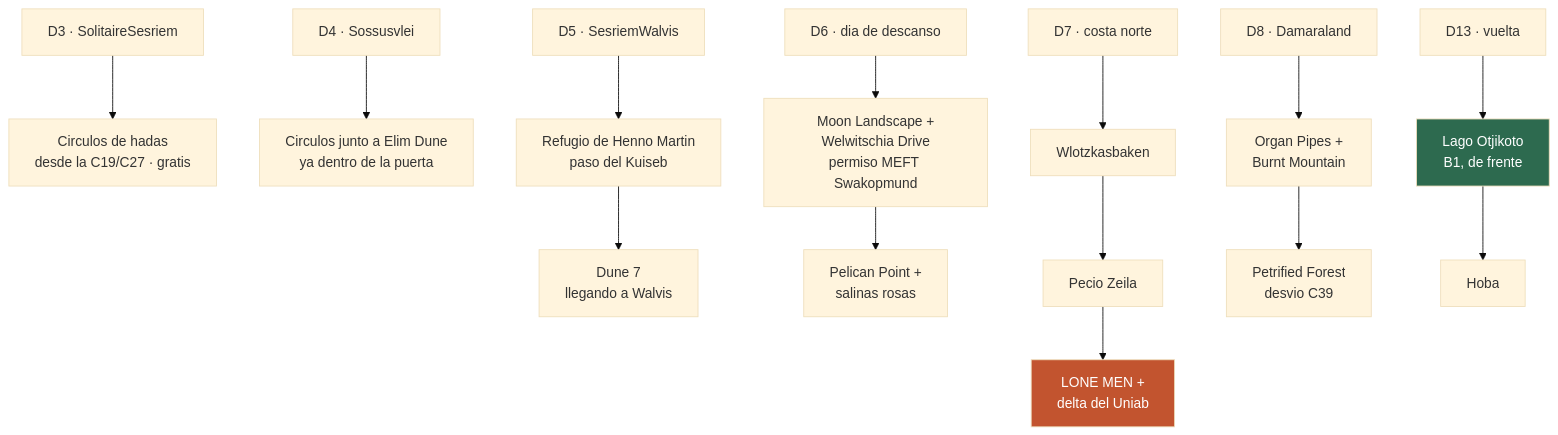
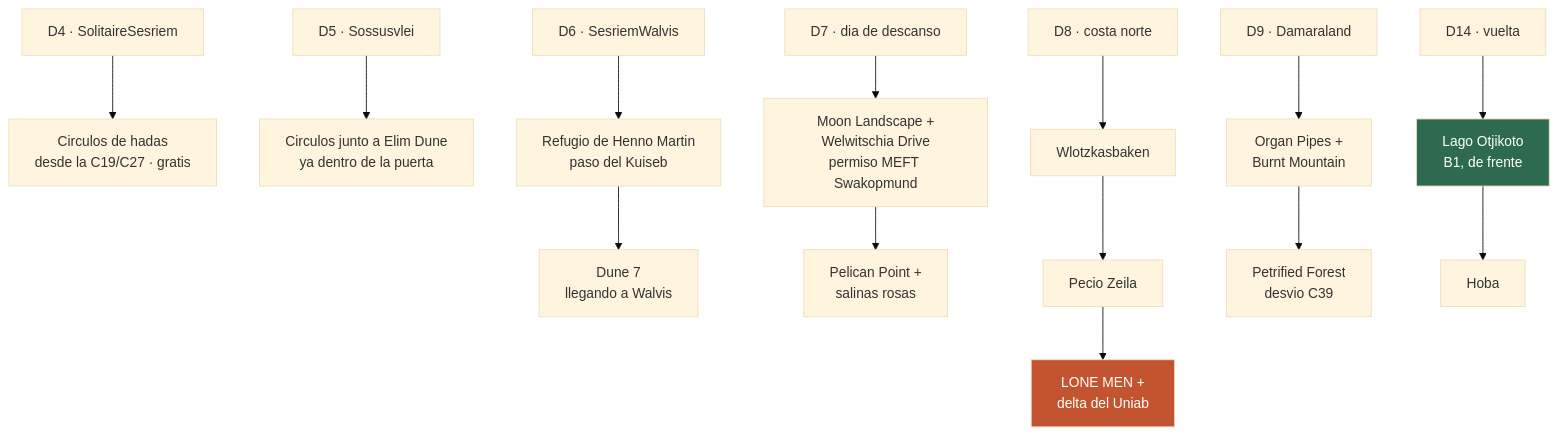
The diagram in 10-joyas-ocultas.md (morandeirachema/namibia), drawn with Mermaid (base theme) before and after one commit. The commit also changed other lines of this file and 54 other files, not shown here.

````diff
--- a/10-joyas-ocultas.md
+++ b/10-joyas-ocultas.md
@@ -67,12 +67,12 @@
 ```mermaid
 flowchart TD
-    D3["D3 · SolitaireSesriem"] --> J1["Circulos de hadas<br/>desde la C19/C27 · gratis"]
-    D4["D4 · Sossusvlei"] --> J2["Circulos junto a Elim Dune<br/>ya dentro de la puerta"]
-    D5["D5 · SesriemWalvis"] --> J3["Refugio de Henno Martin<br/>paso del Kuiseb"] --> J4["Dune 7<br/>llegando a Walvis"]
-    D6["D6 · dia de descanso"] --> J5["Moon Landscape +<br/>Welwitschia Drive<br/>permiso MEFT Swakopmund"] --> J6["Pelican Point +<br/>salinas rosas"]
-    D7["D7 · costa norte"] --> J7["Wlotzkasbaken"] --> J8["Pecio Zeila"] --> J9["LONE MEN +<br/>delta del Uniab"]
-    D8["D8 · Damaraland"] --> J10["Organ Pipes +<br/>Burnt Mountain"] --> J11["Petrified Forest<br/>desvio C39"]
-    D13["D13 · vuelta"] --> J12["Lago Otjikoto<br/>B1, de frente"] --> J13["Hoba"]
+    D4["D4 · SolitaireSesriem"] --> J1["Circulos de hadas<br/>desde la C19/C27 · gratis"]
+    D5["D5 · Sossusvlei"] --> J2["Circulos junto a Elim Dune<br/>ya dentro de la puerta"]
+    D6["D6 · SesriemWalvis"] --> J3["Refugio de Henno Martin<br/>paso del Kuiseb"] --> J4["Dune 7<br/>llegando a Walvis"]
+    D7["D7 · dia de descanso"] --> J5["Moon Landscape +<br/>Welwitschia Drive<br/>permiso MEFT Swakopmund"] --> J6["Pelican Point +<br/>salinas rosas"]
+    D8["D8 · costa norte"] --> J7["Wlotzkasbaken"] --> J8["Pecio Zeila"] --> J9["LONE MEN +<br/>delta del Uniab"]
+    D9["D9 · Damaraland"] --> J10["Organ Pipes +<br/>Burnt Mountain"] --> J11["Petrified Forest<br/>desvio C39"]
+    D14["D14 · vuelta"] --> J12["Lago Otjikoto<br/>B1, de frente"] --> J13["Hoba"]
     style J9 fill:#C2542F,color:#fff
     style J12 fill:#2d6a4f,color:#fff
 ```
````
